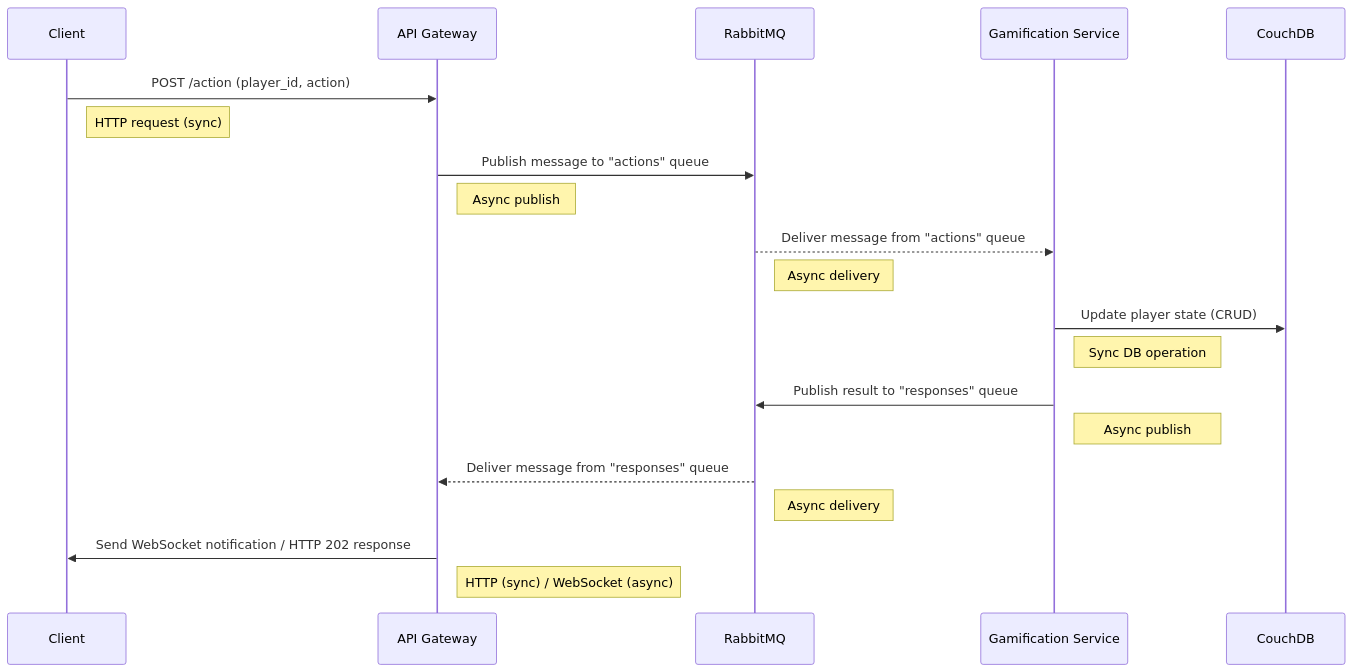
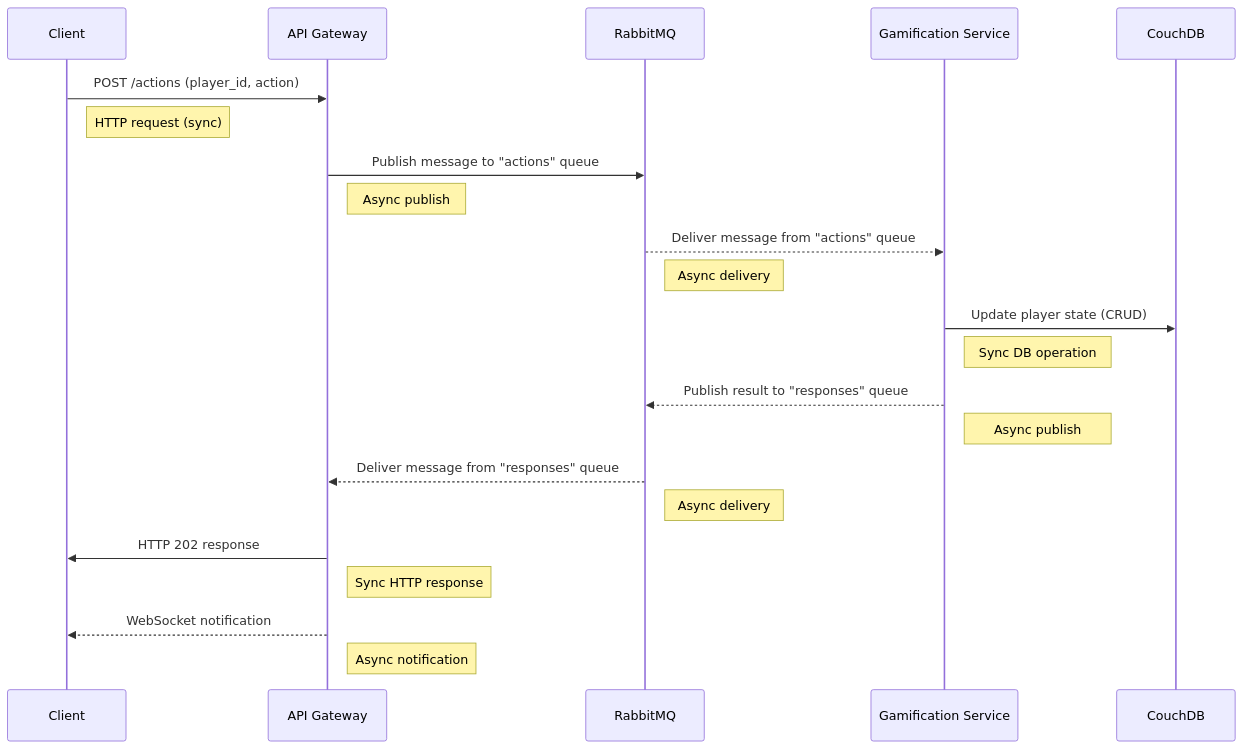
Before and after one commit to albrzykowski/frajda: the diagram in README.md, drawn with Mermaid. The commit also changed other lines of this file and 3 other files, not shown here.

````diff
--- a/README.md
+++ b/README.md
@@ -13,29 +13,32 @@
 ```mermaid
 sequenceDiagram
-    participant Client as Client
-    participant API as API Gateway
-    participant MQ as RabbitMQ
-    participant GS as Gamification Service
-    participant DB as CouchDB
+   participant Client as Client
+   participant API as API Gateway
+   participant MQ as RabbitMQ
+   participant GS as Gamification Service
+   participant DB as CouchDB
 
-    Client->>API: POST /action (player_id, action) 
-    Note right of Client: HTTP request (sync)
-
-    API->>MQ: Publish message to "actions" queue
-    Note right of API: Async publish
-
-    MQ-->>GS: Deliver message from "actions" queue
-    Note right of MQ: Async delivery
-
-    GS->>DB: Update player state (CRUD)
-    Note right of GS: Sync DB operation
-
-    GS->>MQ: Publish result to "responses" queue
-    Note right of GS: Async publish
-
-    MQ-->>API: Deliver message from "responses" queue
-    Note right of MQ: Async delivery
-
-    API->>Client: Send WebSocket notification / HTTP 202 response
-    Note right of API: HTTP (sync) / WebSocket (async)
+   Client->>API: POST /actions (player_id, action)
+   Note right of Client: HTTP request (sync)
+   
+   API->>MQ: Publish message to "actions" queue
+   Note right of API: Async publish
+   
+   MQ-->>GS: Deliver message from "actions" queue
+   Note right of MQ: Async delivery
+   
+   GS->>DB: Update player state (CRUD)
+   Note right of GS: Sync DB operation
+   
+   GS-->>MQ: Publish result to "responses" queue
+   Note right of GS: Async publish
+   
+   MQ-->>API: Deliver message from "responses" queue
+   Note right of MQ: Async delivery
+   
+   API->>Client: HTTP 202 response
+   Note right of API: Sync HTTP response
+   
+   API-->>Client: WebSocket notification
+   Note right of API: Async notification
 ```
````
